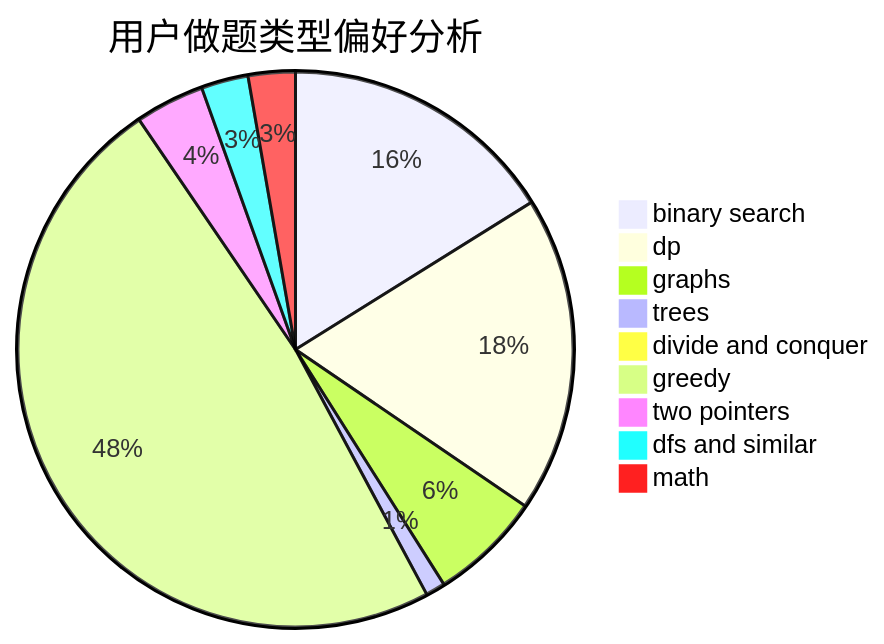
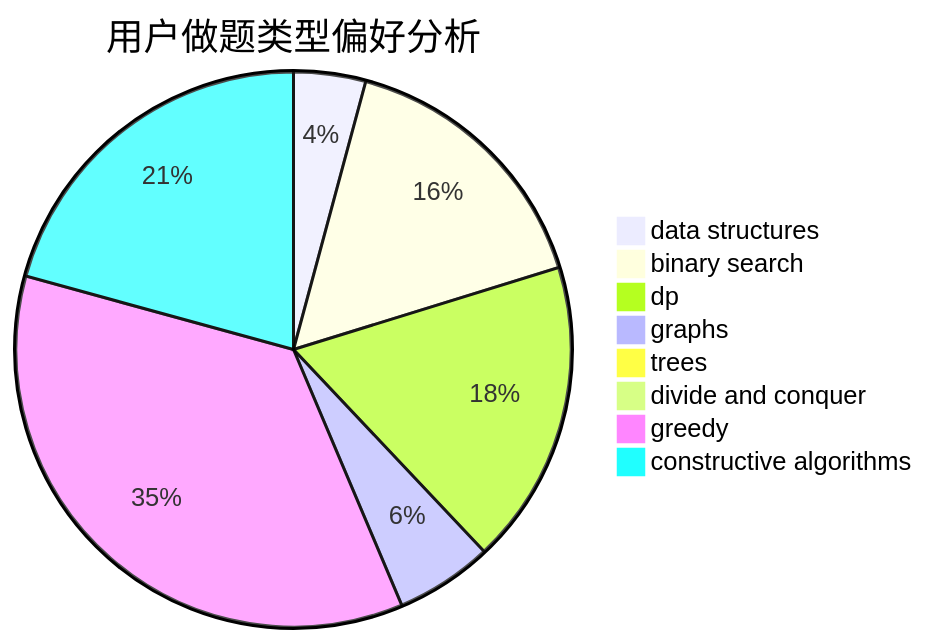
One commit to sherpahu/cfrs.github.io changed the second of 3 diagrams in docs/user/u1487.md. Above: the diagram before and after it, drawn with Mermaid. The commit also changed other lines of this file and 2775 other files, not shown here.

````diff
--- a/docs/user/u1487.md
+++ b/docs/user/u1487.md
@@ -23,12 +23,11 @@
 ```mermaid
 pie title 用户做题类型偏好分析
-    "binary search" :  312
-    "dp" :  356
-    "graphs" :  126
-    "trees" :  22
-    "divide and conquer" :  16
-    "greedy" :  935
-    "two pointers" :  78
-    "dfs and similar" :  53
-    "math" :  53
+    "data structures" :  74
+    "binary search" :  283
+    "dp" :  313
+    "graphs" :  100
+    "trees" :  14
+    "divide and conquer" :  6
+    "greedy" :  629
+    "constructive algorithms" :  366
 ```
````
